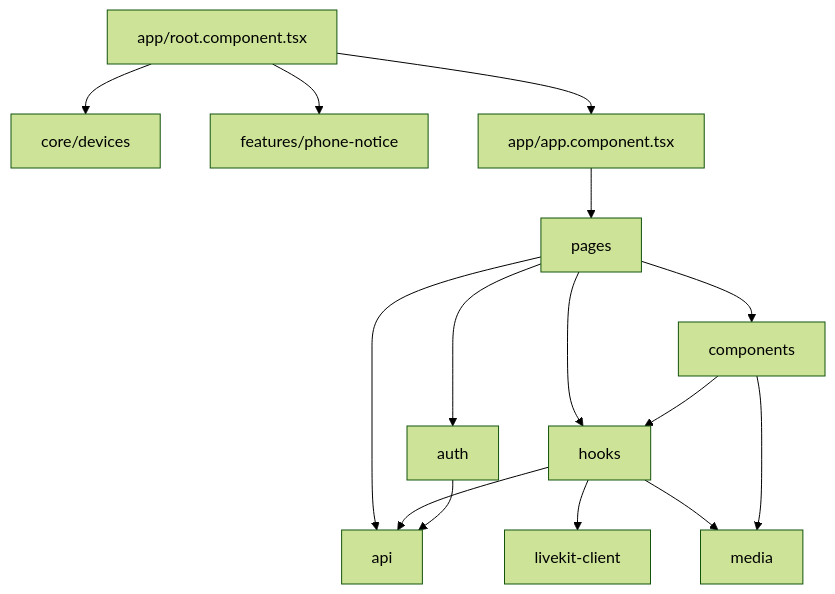
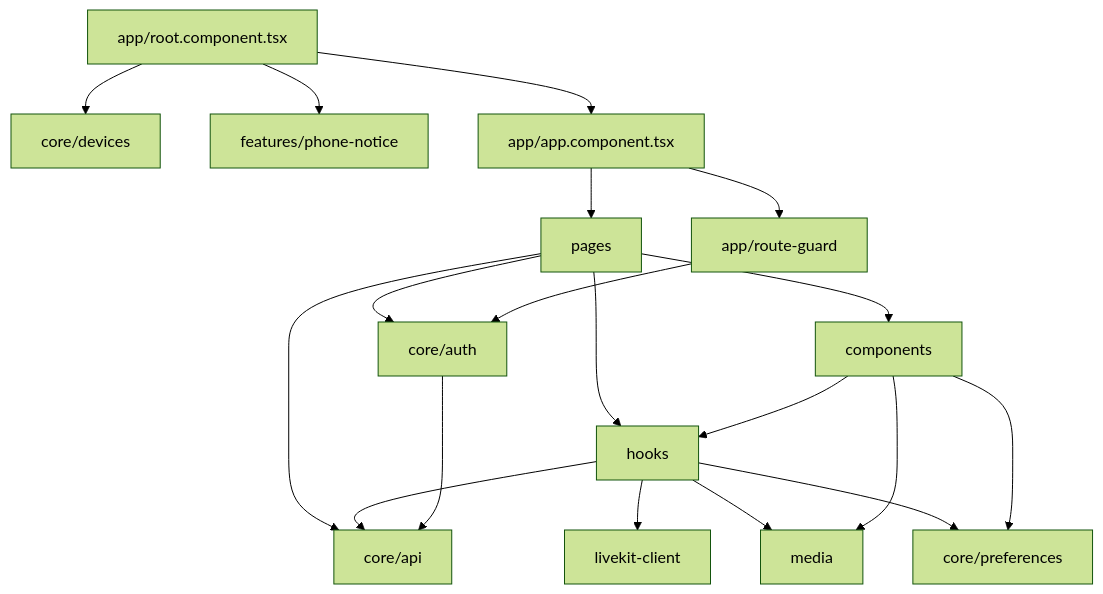
The second of 4 diagrams in docs/architecture.md (Hbrauveres/xove-web), drawn with Mermaid (forest theme) before and after one commit. The commit also changed other lines of this file and 60 other files, not shown here.

First line of the commit message:
refactor(web): the API client, auth and preferences in core/ (#239)

````diff
--- a/docs/architecture.md
+++ b/docs/architecture.md
@@ -38,17 +40,21 @@
 ```mermaid
 flowchart TD
   P[pages] --> C[components]
   P --> H[hooks]
-  P --> A[api]
+  P --> A[core/api]
   C --> H
   H --> A
   H --> LK[livekit-client]
   H --> M[media]
   C --> M
-  P --> AU[auth]
+  H --> PR[core/preferences]
+  C --> PR
+  P --> AU[core/auth]
   AU --> A
   R[app/root.component.tsx] --> D[core/devices]
   R --> N[features/phone-notice]
   R --> APP[app/app.component.tsx]
+  APP --> G[app/route-guard]
+  G --> AU
   APP --> P
 ```
````
